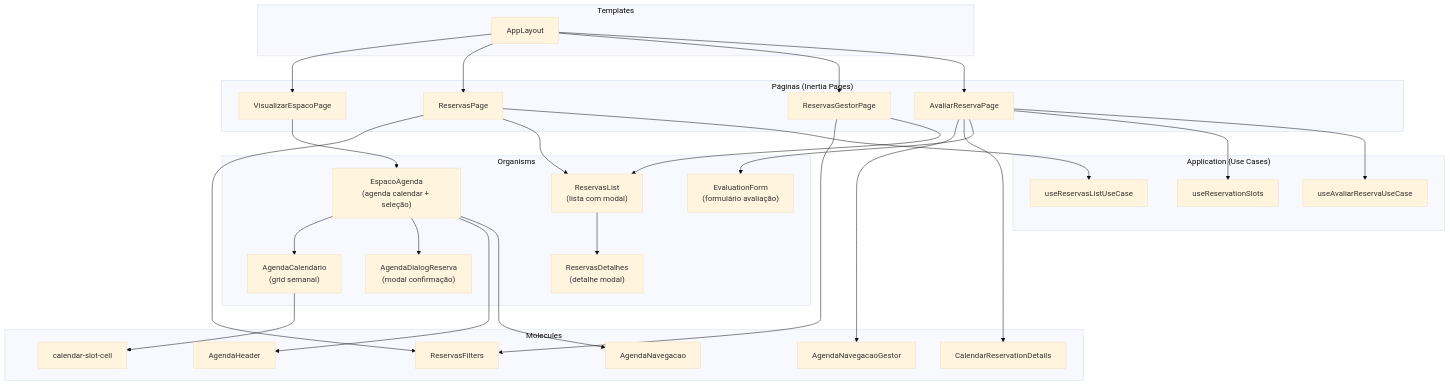
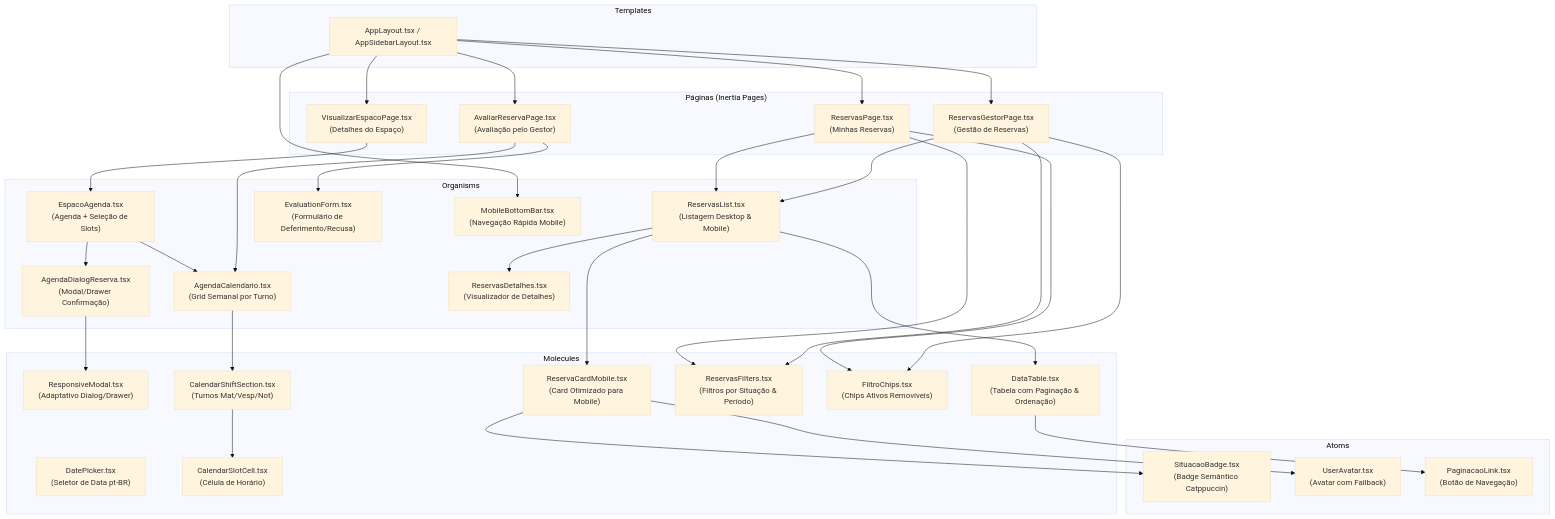
Before and after one commit to uniespacos/app: diagram 13 of 14 in docs/core-workflow-report.md, drawn with Mermaid (base theme). The commit also changed other lines of this file and 40 other files, not shown here.

````diff
--- a/docs/core-workflow-report.md
+++ b/docs/core-workflow-report.md
@@ -595,49 +647,53 @@
 ```mermaid
 graph TD
     subgraph "Páginas (Inertia Pages)"
-        VP["VisualizarEspacoPage"]
-        RP["ReservasPage"]
-        RGP["ReservasGestorPage"]
-        AVP["AvaliarReservaPage"]
+        VP["VisualizarEspacoPage.tsx<br/>(Detalhes do Espaço)"]
+        RP["ReservasPage.tsx<br/>(Minhas Reservas)"]
+        RGP["ReservasGestorPage.tsx<br/>(Gestão de Reservas)"]
+        AVP["AvaliarReservaPage.tsx<br/>(Avaliação pelo Gestor)"]
     end
 
     subgraph "Templates"
-        AL["AppLayout"]
+        AL["AppLayout.tsx / AppSidebarLayout.tsx"]
     end
 
     subgraph "Organisms"
-        EA["EspacoAgenda\n(agenda calendar + seleção)"]
-        AC["AgendaCalendario\n(grid semanal)"]
-        ADR["AgendaDialogReserva\n(modal confirmação)"]
-        RL["ReservasList\n(lista com modal)"]
-        RD["ReservasDetalhes\n(detalhe modal)"]
-        EF["EvaluationForm\n(formulário avaliação)"]
+        EA["EspacoAgenda.tsx<br/>(Agenda + Seleção de Slots)"]
+        AC["AgendaCalendario.tsx<br/>(Grid Semanal por Turno)"]
+        ADR["AgendaDialogReserva.tsx<br/>(Modal/Drawer Confirmação)"]
+        RL["ReservasList.tsx<br/>(Listagem Desktop & Mobile)"]
+        RD["ReservasDetalhes.tsx<br/>(Visualizador de Detalhes)"]
+        EF["EvaluationForm.tsx<br/>(Formulário de Deferimento/Recusa)"]
+        MBB["MobileBottomBar.tsx<br/>(Navegação Rápida Mobile)"]
     end
 
     subgraph "Molecules"
-        AH["AgendaHeader"]
-        AN["AgendaNavegacao"]
-        ANG["AgendaNavegacaoGestor"]
-        CRD["CalendarReservationDetails"]
-        RF["ReservasFilters"]
-        CSC["calendar-slot-cell"]
+        RM["ResponsiveModal.tsx<br/>(Adaptativo Dialog/Drawer)"]
+        DT["DataTable.tsx<br/>(Tabela com Paginação & Ordenação)"]
+        RCM["ReservaCardMobile.tsx<br/>(Card Otimizado para Mobile)"]
+        RF["ReservasFilters.tsx<br/>(Filtros por Situação & Período)"]
+        FC["FiltroChips.tsx<br/>(Chips Ativos Removíveis)"]
+        DP["DatePicker.tsx<br/>(Seletor de Data pt-BR)"]
+        CSC["CalendarSlotCell.tsx<br/>(Célula de Horário)"]
+        CSS["CalendarShiftSection.tsx<br/>(Turnos Mat/Vesp/Not)"]
     end
 
-    subgraph "Application (Use Cases)"
-        UC1["useReservasListUseCase"]
-        UC2["useAvaliarReservaUseCase"]
-        H1["useReservationSlots"]
+    subgraph "Atoms"
+        SB["SituacaoBadge.tsx<br/>(Badge Semântico Catppuccin)"]
+        UA["UserAvatar.tsx<br/>(Avatar com Fallback)"]
+        PL["PaginacaoLink.tsx<br/>(Botão de Navegação)"]
     end
 
     AL --> VP & RP & RGP & AVP
+    AL --> MBB
     VP --> EA
-    EA --> AC & ADR & AH & AN
-    AC --> CSC
-    RP --> RF & RL
-    RL --> RD
-    RGP --> RF & RL
-    AVP --> ANG & CRD & EF
-    AVP --> H1
-    AVP --> UC2
-    RP --> UC1
+    EA --> AC & ADR
+    AC --> CSS --> CSC
+    ADR --> RM
+    RP --> RF & FC & RL
+    RL --> DT & RCM & RD
+    RGP --> RF & FC & RL
+    AVP --> EF & AC
+    RCM --> SB & UA
+    DT --> PL
 ```
````
